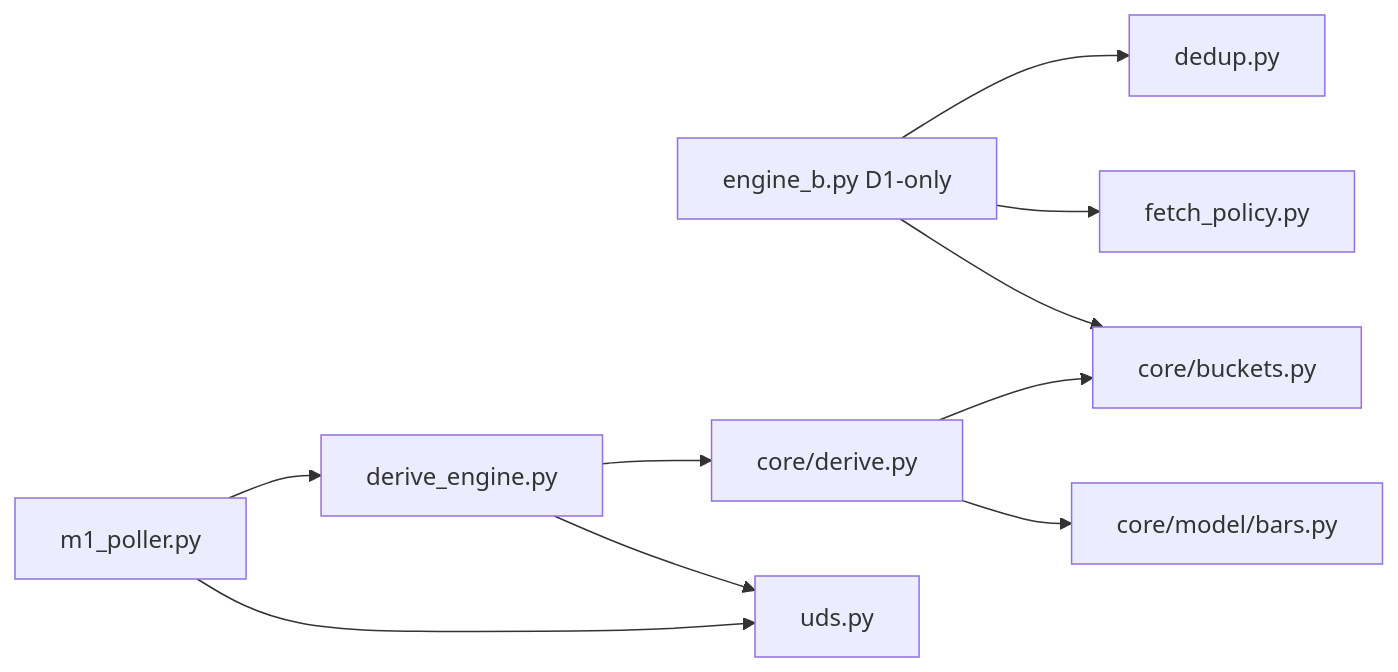
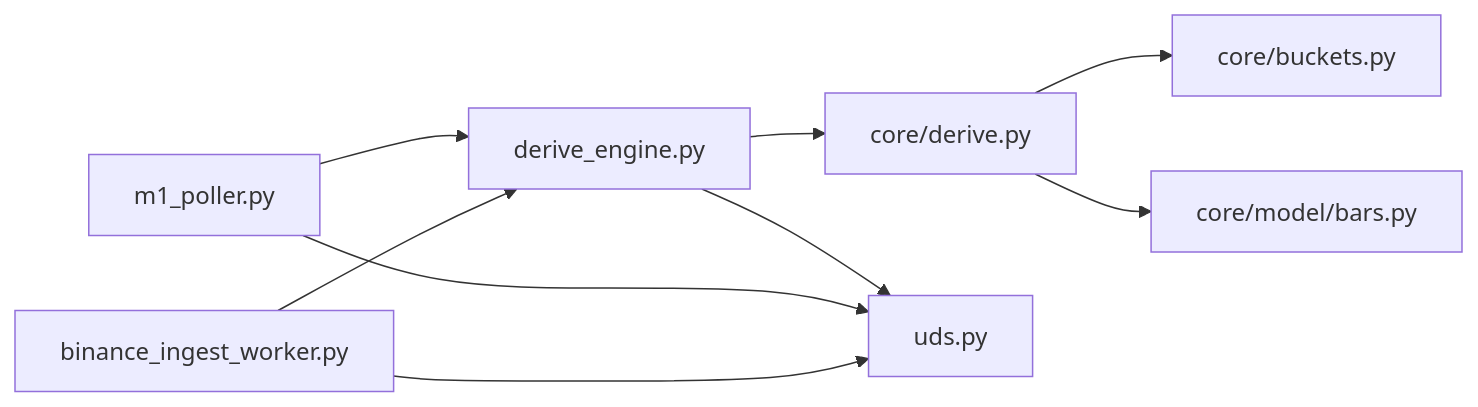
Diagram 12 of 13 in docs/system_current_overview.md (Std07-1/v3), drawn with Mermaid before and after one commit. The commit also changed other lines of this file and 10 other files, not shown here.

````diff
--- a/docs/system_current_overview.md
+++ b/docs/system_current_overview.md
@@ -589,12 +594,11 @@
 ```mermaid
 flowchart LR
-    Engine[engine_b.py D1-only] --> Dedup[dedup.py]
-    Engine --> Fetch[fetch_policy.py]
-    Engine --> CoreBuckets[core/buckets.py]
-    CoreDerive[core/derive.py] --> CoreBuckets
+    CoreDerive[core/derive.py] --> CoreBuckets[core/buckets.py]
     CoreDerive --> CoreBars[core/model/bars.py]
     DeriveEng[derive_engine.py] --> CoreDerive
     DeriveEng --> UDS[uds.py]
     M1Poller[m1_poller.py] --> DeriveEng
     M1Poller --> UDS
+    BinanceIngest[binance_ingest_worker.py] --> DeriveEng
+    BinanceIngest --> UDS
 ```
````
